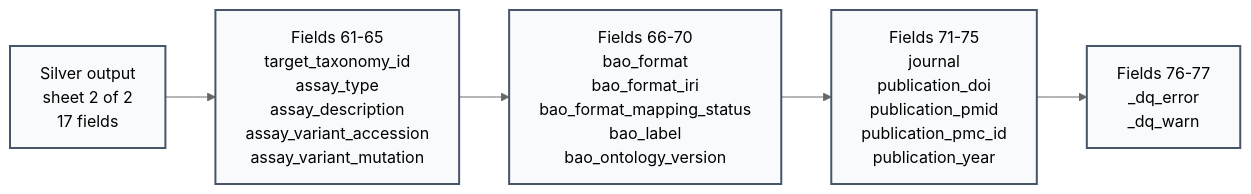
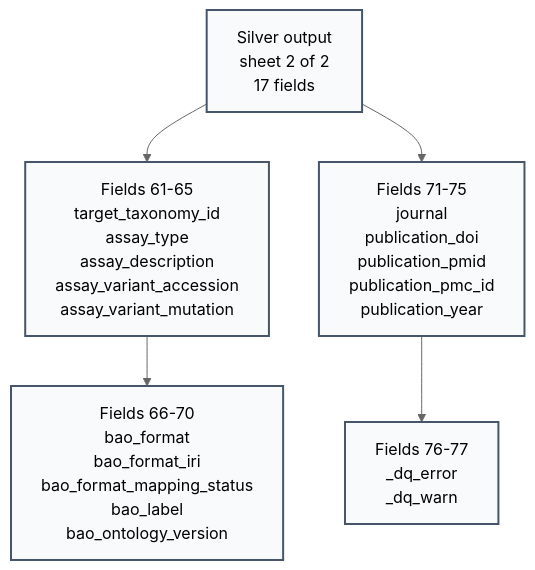
The diagram in docs/02-architecture/diagrams/architecture/51b-chembl-activity-silver-fields-2.mmd (SatoryKono/BioactivityDataAcquisition), drawn with Mermaid before and after one commit. The commit also changed 6 other files, not shown here.

Commit message:
fix(diagrams): improve chembl field sheet layout

```diff
--- a/docs/02-architecture/diagrams/architecture/51b-chembl-activity-silver-fields-2.mmd
+++ b/docs/02-architecture/diagrams/architecture/51b-chembl-activity-silver-fields-2.mmd
@@ -1,27 +1,28 @@
 %% BioETL — ChEMBL Activity Silver Output Fields 2 Of 2
 %% Generated from the resolved chembl_activity configuration and contracts.
 
 %% @version 1.0.0
 %% @date    2026-07-18
 %% @type    flowchart
 %% @level   Pipeline / Silver Contract
 %% @nodes   5
 %% @adr     ADR-002, ADR-040
 %%{init: {'theme': 'neutral', 'themeVariables': {'fontFamily': 'Inter, system-ui', 'lineWidth': '2'}}}%%
-flowchart LR
+flowchart TB
     Layer["Silver output<br/>sheet 2 of 2<br/>17 fields"]
     Fields1["Fields 61-65<br/>target_taxonomy_id<br/>assay_type<br/>assay_description<br/>assay_variant_accession<br/>assay_variant_mutation"]
     Fields2["Fields 66-70<br/>bao_format<br/>bao_format_iri<br/>bao_format_mapping_status<br/>bao_label<br/>bao_ontology_version"]
     Fields3["Fields 71-75<br/>journal<br/>publication_doi<br/>publication_pmid<br/>publication_pmc_id<br/>publication_year"]
     Fields4["Fields 76-77<br/>_dq_error<br/>_dq_warn"]
 
-    Layer --> Fields1 --> Fields2 --> Fields3 --> Fields4
+    Layer --> Fields1 --> Fields2
+    Layer --> Fields3 --> Fields4
 
     class Layer,Fields1,Fields2,Fields3,Fields4 silver
     classDef source fill:#f1f5f9,stroke:#64748b,stroke-width:2px
     classDef process fill:#f0fdf4,stroke:#16a34a,stroke-width:2px
     classDef bronze fill:#fff7ed,stroke:#f59e0b,stroke-width:2px
     classDef silver fill:#f8fafc,stroke:#475569,stroke-width:2px
     classDef gold fill:#fefce8,stroke:#ca8a04,stroke-width:2px
     classDef dq fill:#f5f3ff,stroke:#7c3aed,stroke-width:2px
     classDef warning fill:#fff1f2,stroke:#dc2626,stroke-width:2px
```
